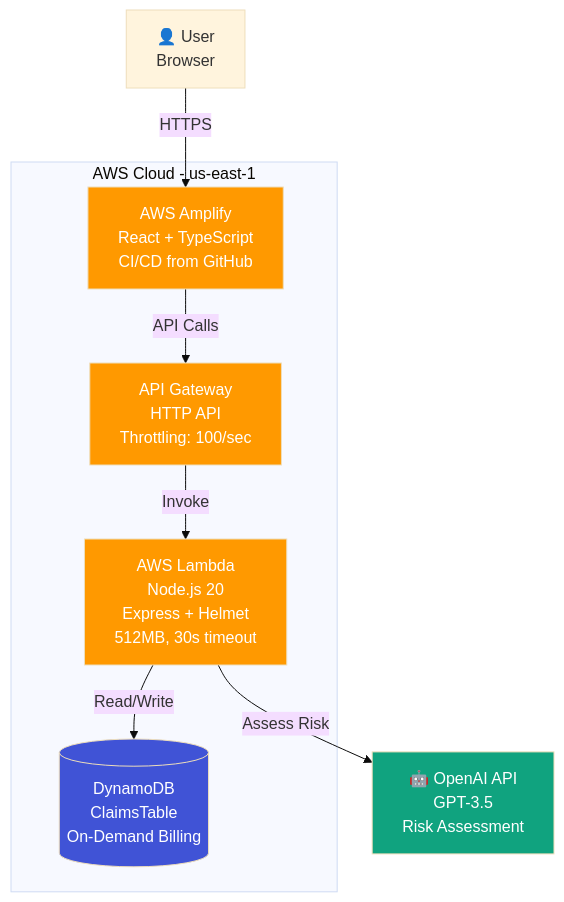
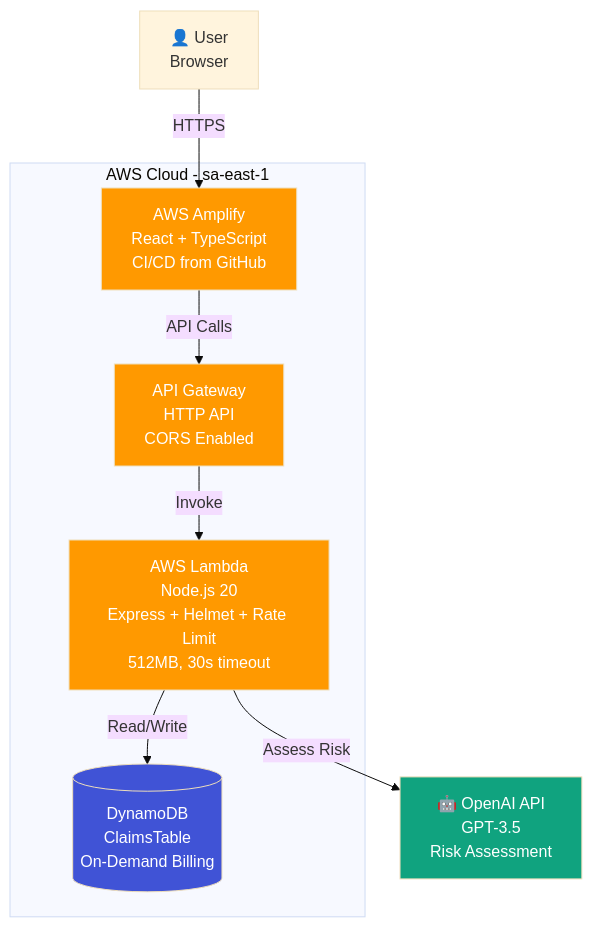
One commit to ingChristian27/claims-risk-assessor-api changed the diagram in backend/docs/architecture-diagram.md. Above: the diagram before and after it, drawn with Mermaid (base theme). The commit also changed other lines of this file and 7 other files, not shown here.

````diff
--- a/backend/docs/architecture-diagram.md
+++ b/backend/docs/architecture-diagram.md
@@ -5,28 +5,28 @@
 ```mermaid
 graph TB
     User[👤 User<br/>Browser]
     
-    subgraph AWS["AWS Cloud - us-east-1"]
+    subgraph AWS["AWS Cloud - sa-east-1"]
         Amplify[AWS Amplify<br/>React + TypeScript<br/>CI/CD from GitHub]
         
-        APIGW[API Gateway<br/>HTTP API<br/>Throttling: 100/sec]
+        APIGW[API Gateway<br/>HTTP API<br/>CORS Enabled]
         
-        Lambda[AWS Lambda<br/>Node.js 20<br/>Express + Helmet<br/>512MB, 30s timeout]
+        Lambda[AWS Lambda<br/>Node.js 20<br/>Express + Helmet + Rate Limit<br/>512MB, 30s timeout]
         
         DynamoDB[(DynamoDB<br/>ClaimsTable<br/>On-Demand Billing)]
     end
     
     OpenAI[🤖 OpenAI API<br/>GPT-3.5<br/>Risk Assessment]
     
     User -->|HTTPS| Amplify
     Amplify -->|API Calls| APIGW
     APIGW -->|Invoke| Lambda
     Lambda -->|Read/Write| DynamoDB
     Lambda -->|Assess Risk| OpenAI
     
     style Amplify fill:#FF9900,color:#fff
     style APIGW fill:#FF9900,color:#fff
     style Lambda fill:#FF9900,color:#fff
     style DynamoDB fill:#4053D6,color:#fff
     style OpenAI fill:#10A37F,color:#fff
 ```
````
